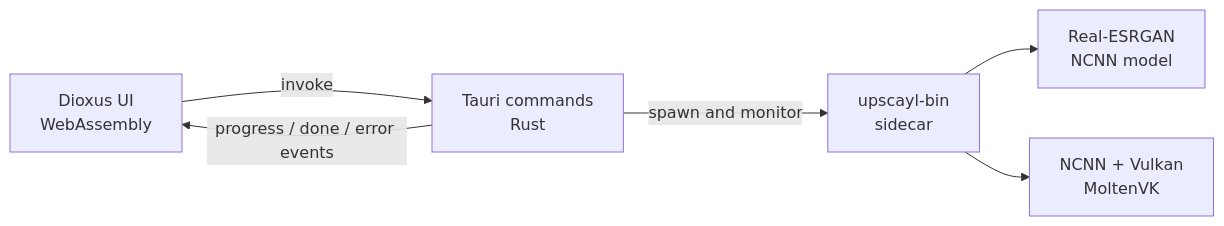
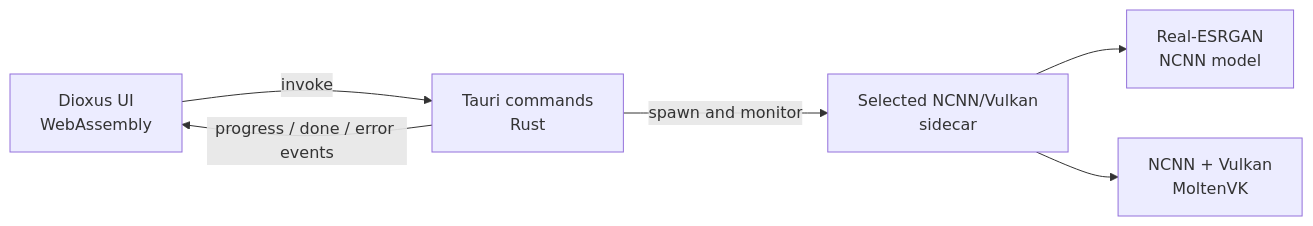
Before and after one commit to bangadam/nggedhekake-gambar: the diagram in README.md, drawn with Mermaid. The commit also changed other lines of this file and 61 other files, not shown here.

````diff
--- a/README.md
+++ b/README.md
@@ -52,14 +53,14 @@
 ```mermaid
 flowchart LR
     UI["Dioxus UI<br/>WebAssembly"]
     API["Tauri commands<br/>Rust"]
-    BIN["upscayl-bin<br/>sidecar"]
+    BIN["Selected NCNN/Vulkan<br/>sidecar"]
     MODEL["Real-ESRGAN<br/>NCNN model"]
     GPU["NCNN + Vulkan<br/>MoltenVK"]
 
     UI -->|invoke| API
     API -->|spawn and monitor| BIN
     BIN --> MODEL
     BIN --> GPU
     API -->|progress / done / error events| UI
 ```
````
